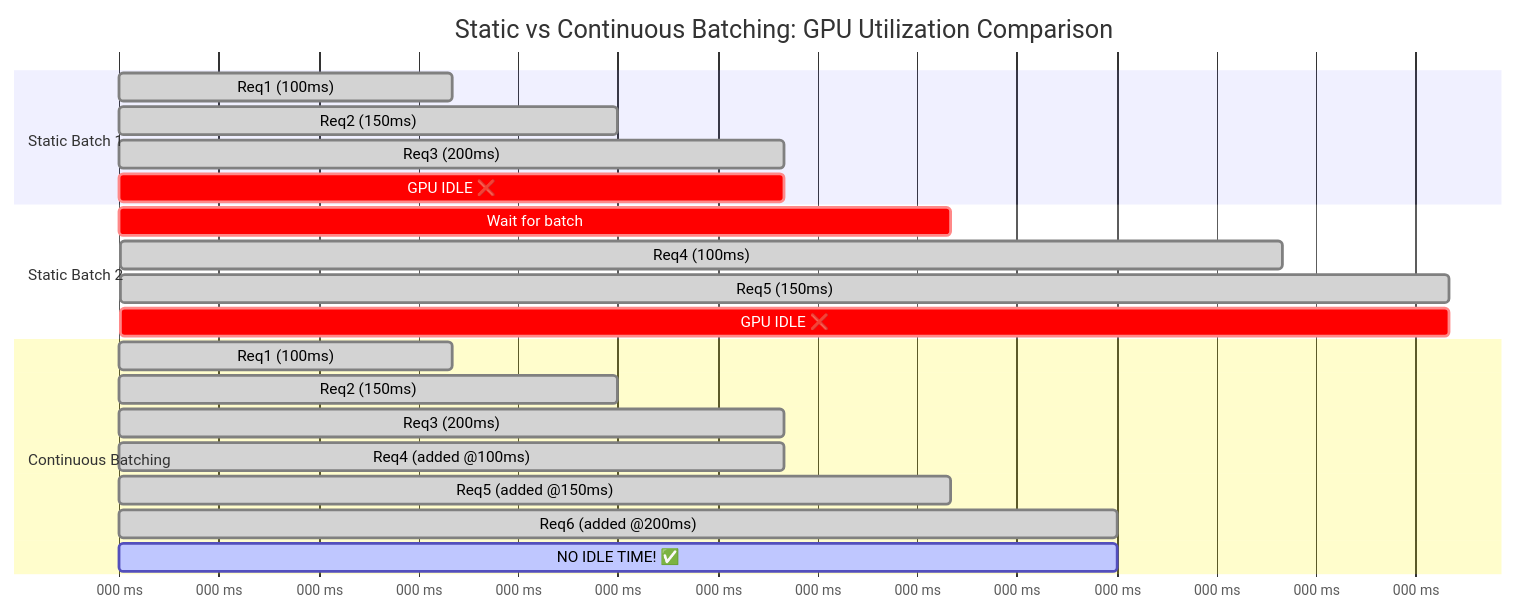
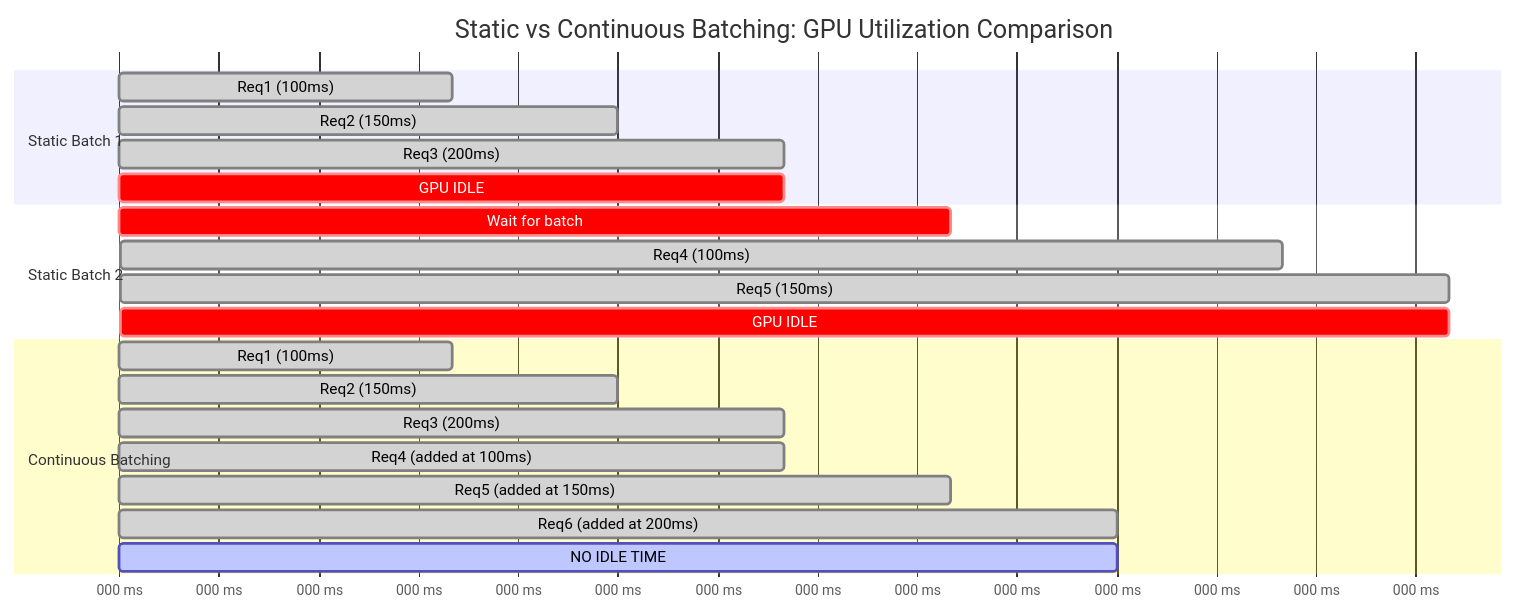
Before and after one commit to girijesh-ai/girijesh-ai.github.io: the second of 3 diagrams in _posts/2026-02-06-llms-inferencing-explained.md, drawn with Mermaid. The commit also changed other lines of this file and 1 other file, not shown here.

Commit message:
mermaid formatting

````diff
--- a/_posts/2026-02-06-llms-inferencing-explained.md
+++ b/_posts/2026-02-06-llms-inferencing-explained.md
@@ -383,27 +380,24 @@
-```mermaid
+<pre class="mermaid">
 gantt
     title Static vs Continuous Batching: GPU Utilization Comparison
     dateFormat X
     axisFormat %L ms
-    
     section Static Batch 1
     Req1 (100ms)    :done, 0, 100
     Req2 (150ms)    :done, 0, 150
     Req3 (200ms)    :done, 0, 200
-    GPU IDLE ❌     :crit, 100, 200
-    
+    GPU IDLE        :crit, 100, 200
     section Static Batch 2
     Wait for batch  :crit, 200, 250
     Req4 (100ms)    :done, 250, 350
     Req5 (150ms)    :done, 250, 400
-    GPU IDLE ❌     :crit, 350, 400
-    
+    GPU IDLE        :crit, 350, 400
     section Continuous Batching
     Req1 (100ms)          :done, c1, 0, 100
     Req2 (150ms)          :done, c2, 0, 150
     Req3 (200ms)          :done, c3, 0, 200
-    Req4 (added @100ms)   :done, c4, 100, 200
-    Req5 (added @150ms)   :done, c5, 150, 250
-    Req6 (added @200ms)   :done, c6, 200, 300
-    NO IDLE TIME! ✅      :active, 0, 300
-```
+    Req4 (added at 100ms) :done, c4, 100, 200
+    Req5 (added at 150ms) :done, c5, 150, 250
+    Req6 (added at 200ms) :done, c6, 200, 300
+    NO IDLE TIME          :active, 0, 300
+</pre>
````
